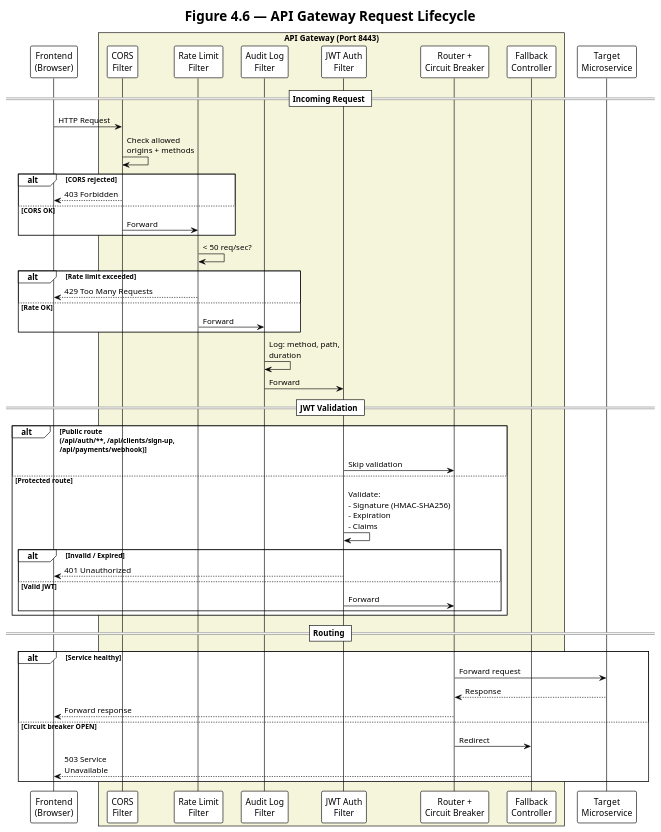
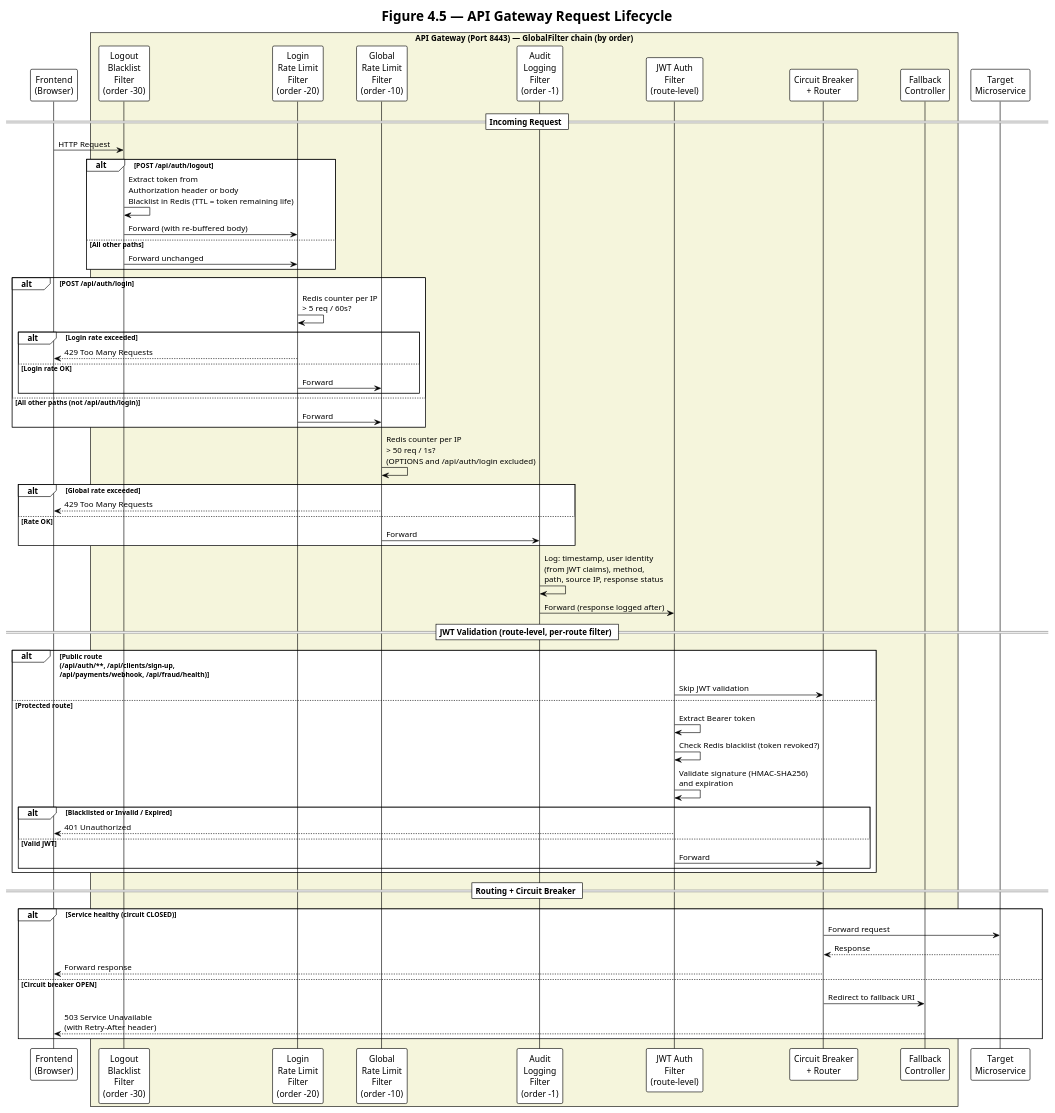
One commit to TurcanuTeodor/Online-Internet-Banking changed the diagram in docs/architecture/appendix/api-gateway-request-lifecycle.puml. Above: the diagram before and after it, drawn with PlantUML. The commit also changed 7 other files, not shown here.

Commit message:
update plantuml

```diff
--- a/docs/architecture/appendix/api-gateway-request-lifecycle.puml
+++ b/docs/architecture/appendix/api-gateway-request-lifecycle.puml
@@ -1,63 +1,77 @@
 @startuml Gateway_Request_Flow
 !theme plain
 skinparam backgroundColor white
 skinparam defaultFontName "Segoe UI"
 
-title Figure 4.6 — API Gateway Request Lifecycle
+title Figure 4.5 — API Gateway Request Lifecycle
 
 participant "Frontend\n(Browser)" as CLIENT
-box "API Gateway (Port 8443)" #F5F5DC
-  participant "CORS\nFilter" as CORS
-  participant "Rate Limit\nFilter" as RATE
-  participant "Audit Log\nFilter" as AUDIT
-  participant "JWT Auth\nFilter" as JWT
-  participant "Router +\nCircuit Breaker" as ROUTE
+box "API Gateway (Port 8443) — GlobalFilter chain (by order)" #F5F5DC
+  participant "Logout\nBlacklist\nFilter\n(order -30)" as LOGOUT
+  participant "Login\nRate Limit\nFilter\n(order -20)" as LOGINRATE
+  participant "Global\nRate Limit\nFilter\n(order -10)" as RATE
+  participant "Audit\nLogging\nFilter\n(order -1)" as AUDIT
+  participant "JWT Auth\nFilter\n(route-level)" as JWT
+  participant "Circuit Breaker\n+ Router" as ROUTE
   participant "Fallback\nController" as FALLBACK
 end box
 participant "Target\nMicroservice" as SERVICE
 
 == Incoming Request ==
-CLIENT -> CORS : HTTP Request
-CORS -> CORS : Check allowed\norigins + methods
+CLIENT -> LOGOUT : HTTP Request
 
-alt CORS rejected
-  CORS --> CLIENT : 403 Forbidden
-else CORS OK
-  CORS -> RATE : Forward
+alt POST /api/auth/logout
+  LOGOUT -> LOGOUT : Extract token from\nAuthorization header or body\nBlacklist in Redis (TTL = token remaining life)
+  LOGOUT -> LOGINRATE : Forward (with re-buffered body)
+else All other paths
+  LOGOUT -> LOGINRATE : Forward unchanged
 end
 
-RATE -> RATE : < 50 req/sec?
+alt POST /api/auth/login
+  LOGINRATE -> LOGINRATE : Redis counter per IP\n> 5 req / 60s?
+  alt Login rate exceeded
+    LOGINRATE --> CLIENT : 429 Too Many Requests
+  else Login rate OK
+    LOGINRATE -> RATE : Forward
+  end
+else All other paths (not /api/auth/login)
+  LOGINRATE -> RATE : Forward
+end
 
-alt Rate limit exceeded
+RATE -> RATE : Redis counter per IP\n> 50 req / 1s?\n(OPTIONS and /api/auth/login excluded)
+
+alt Global rate exceeded
   RATE --> CLIENT : 429 Too Many Requests
 else Rate OK
   RATE -> AUDIT : Forward
 end
 
-AUDIT -> AUDIT : Log: method, path,\nduration
-AUDIT -> JWT : Forward
+AUDIT -> AUDIT : Log: timestamp, user identity\n(from JWT claims), method,\npath, source IP, response status
+AUDIT -> JWT : Forward (response logged after)
 
-== JWT Validation ==
-alt Public route\n(/api/auth/**, /api/clients/sign-up,\n/api/payments/webhook)
-  JWT -> ROUTE : Skip validation
+== JWT Validation (route-level, per-route filter) ==
+alt Public route\n(/api/auth/**, /api/clients/sign-up,\n/api/payments/webhook, /api/fraud/health)
+  JWT -> ROUTE : Skip JWT validation
 else Protected route
-  JWT -> JWT : Validate:\n- Signature (HMAC-SHA256)\n- Expiration\n- Claims
+  JWT -> JWT : Extract Bearer token
+  JWT -> JWT : Check Redis blacklist (token revoked?)
+  JWT -> JWT : Validate signature (HMAC-SHA256)\nand expiration
 
-  alt Invalid / Expired
+  alt Blacklisted or Invalid / Expired
     JWT --> CLIENT : 401 Unauthorized
   else Valid JWT
     JWT -> ROUTE : Forward
   end
 end
 
-== Routing ==
-alt Service healthy
+== Routing + Circuit Breaker ==
+alt Service healthy (circuit CLOSED)
   ROUTE -> SERVICE : Forward request
   SERVICE --> ROUTE : Response
   ROUTE --> CLIENT : Forward response
 else Circuit breaker OPEN
-  ROUTE -> FALLBACK : Redirect
-  FALLBACK --> CLIENT : 503 Service\nUnavailable
+  ROUTE -> FALLBACK : Redirect to fallback URI
+  FALLBACK --> CLIENT : 503 Service Unavailable\n(with Retry-After header)
 end
 
 @enduml
```
